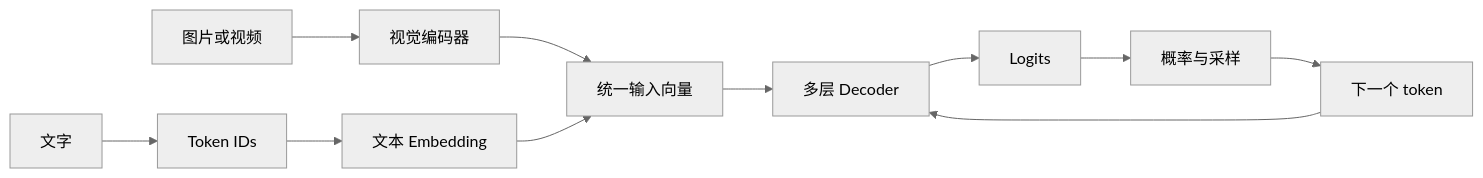
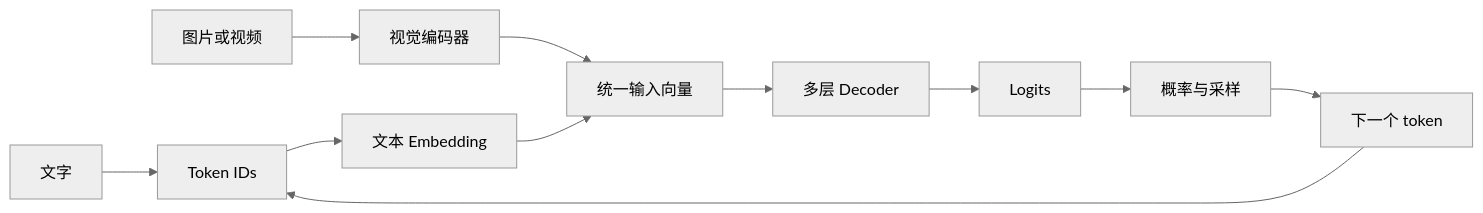
Before and after one commit to troycheng/learn-inference: the diagram in README.md, drawn with Mermaid (neutral theme). The commit also changed other lines of this file and 53 other files, not shown here.

````diff
--- a/README.md
+++ b/README.md
@@ -22,13 +22,13 @@
 ```mermaid
 flowchart LR
     A["文字"] --> B["Token IDs"]
     B --> C["文本 Embedding"]
     V["图片或视频"] --> VE["视觉编码器"]
     VE --> U["统一输入向量"]
     C --> U
     U --> D["多层 Decoder"]
     D --> E["Logits"]
     E --> F["概率与采样"]
     F --> G["下一个 token"]
-    G --> D
+    G --> B
 ```
````
